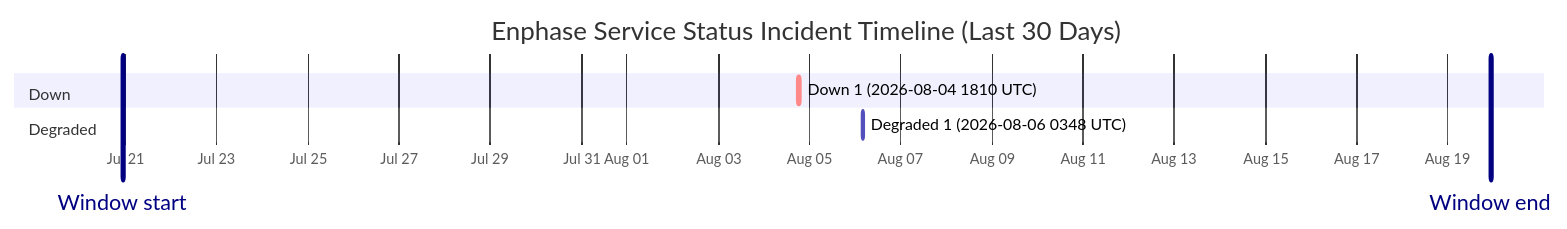
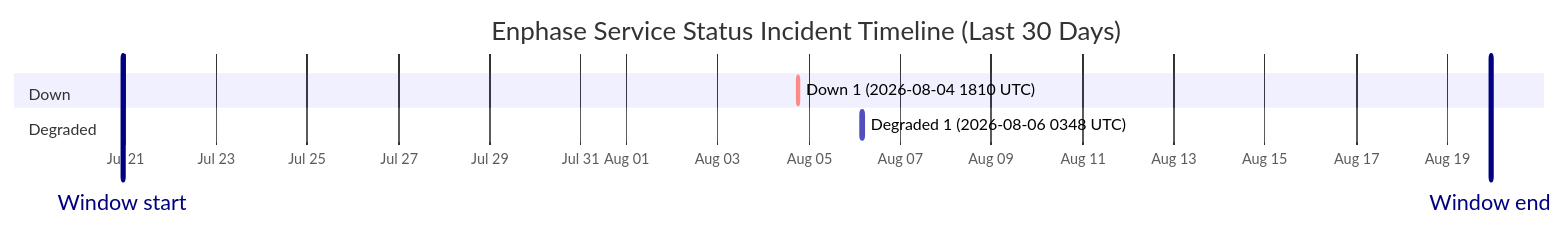
One commit to barneyonline/ha-enphase-energy changed the diagram in wiki/Service-Status-History.md. Above: the diagram before and after it, drawn with Mermaid. The commit also changed other lines of this file and 3 other files, not shown here.

````diff
--- a/wiki/Service-Status-History.md
+++ b/wiki/Service-Status-History.md
@@ -14,12 +14,12 @@
 ```mermaid
 gantt
     title Enphase Service Status Incident Timeline (Last 30 Days)
     dateFormat  YYYY-MM-DDTHH:mm:ss
     axisFormat  %b %d
-    Window start :vert, window-start, 2026-07-20T22:21:52, 0ms
-    Window end :vert, window-end, 2026-08-19T22:21:52, 0ms
+    Window start :vert, window-start, 2026-07-20T22:50:02, 0ms
+    Window end :vert, window-end, 2026-08-19T22:50:02, 0ms
     section Down
     Down 1 (2026-08-04 1810 UTC) :crit, down-1, 2026-08-04T18:10:46, 60m
     section Degraded
     Degraded 1 (2026-08-06 0348 UTC) :active, degraded-1, 2026-08-06T03:48:14, 60m
 ```
````
